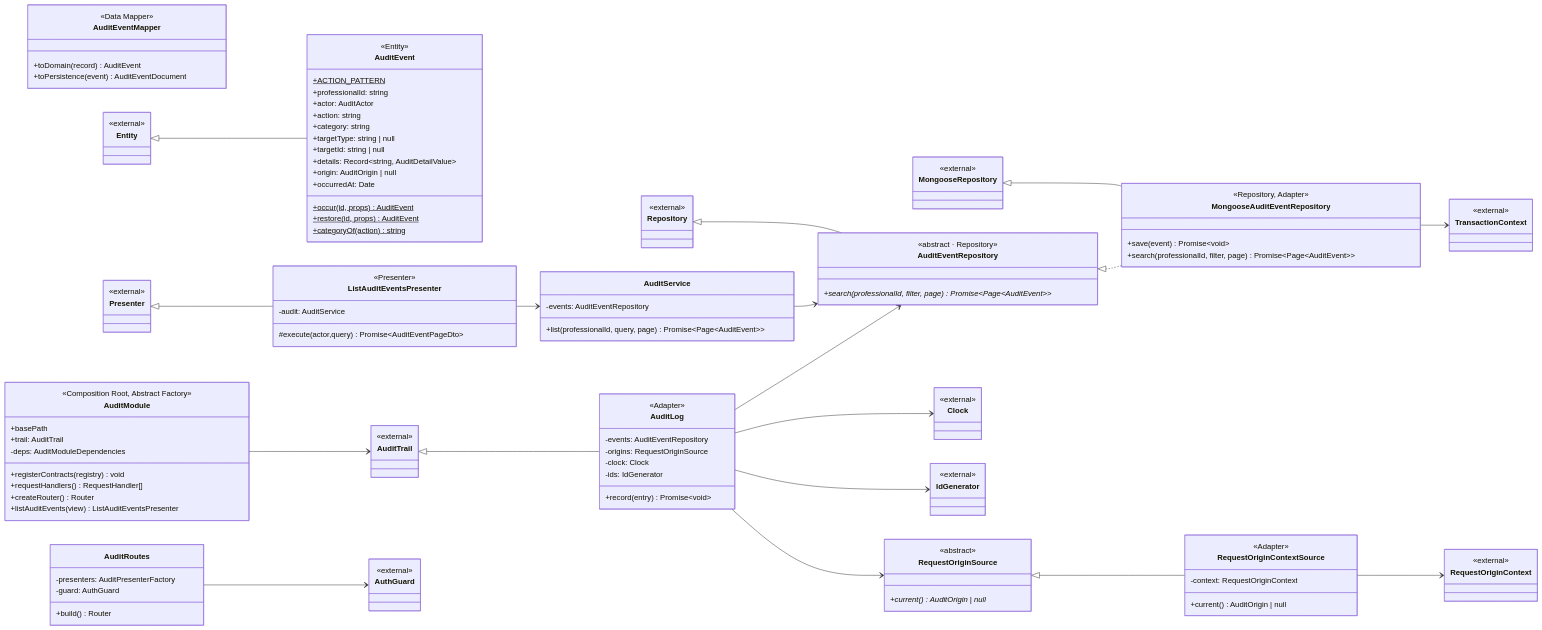
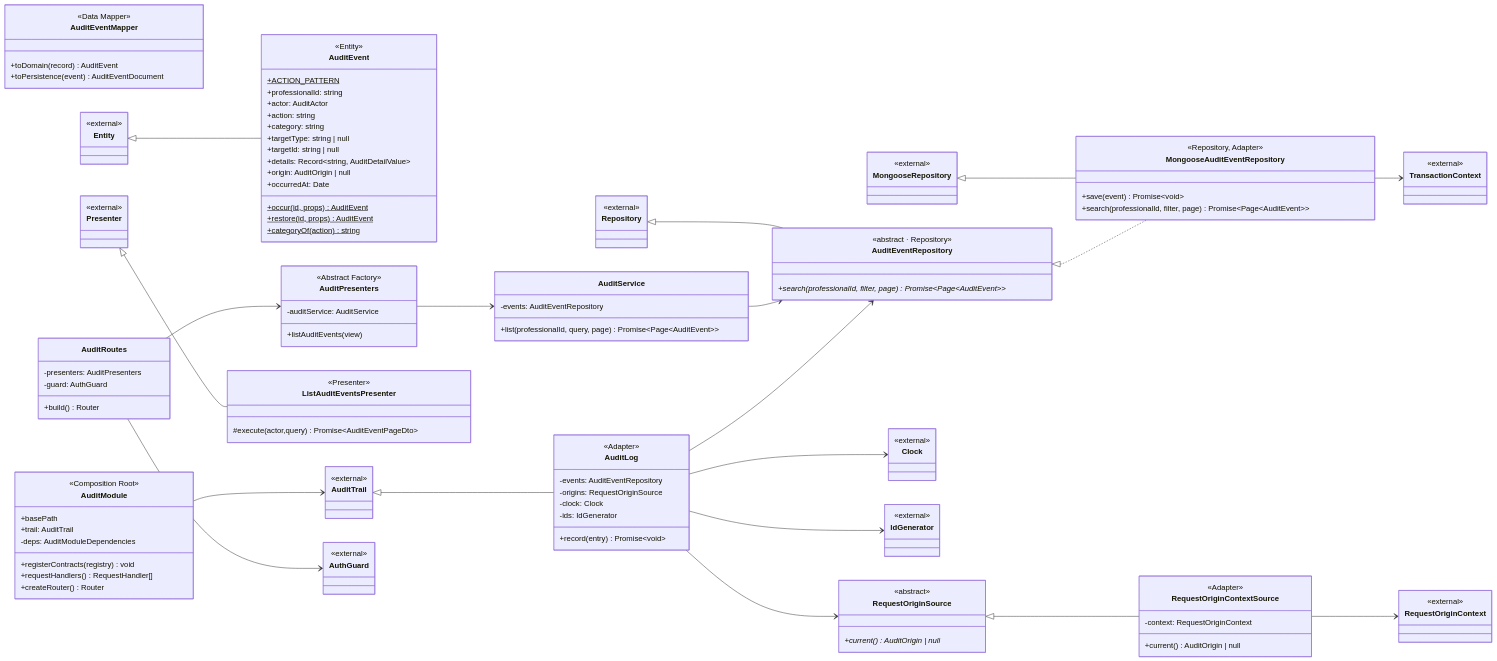
One commit to Org-Mentora/mentora-diploma changed the sixth of 16 diagrams in docs/architecture/class-diagram.md. Above: the diagram before and after it, drawn with Mermaid. The commit also changed other lines of this file, not shown here.

Commit message:
docs(architecture): regenerate class diagram

```diff
--- a/docs/architecture/class-diagram.md
+++ b/docs/architecture/class-diagram.md
@@ -850,17 +842,21 @@
     +record(entry) Promise~void~
   }
   class AuditModule {
-    <<Composition Root, Abstract Factory>>
+    <<Composition Root>>
     +basePath
     +trail: AuditTrail
     -deps: AuditModuleDependencies
     +registerContracts(registry) void
     +requestHandlers() RequestHandler[]
     +createRouter() Router
-    +listAuditEvents(view) ListAuditEventsPresenter
+  }
+  class AuditPresenters {
+    <<Abstract Factory>>
+    -auditService: AuditService
+    +listAuditEvents(view)
   }
   class AuditRoutes {
-    -presenters: AuditPresenterFactory
+    -presenters: AuditPresenters
     -guard: AuthGuard
     +build() Router
   }
@@ -870,7 +866,6 @@
   }
   class ListAuditEventsPresenter {
     <<Presenter>>
-    -audit: AuditService
     #execute(actor,query) Promise~AuditEventPageDto~
   }
   class MongooseAuditEventRepository {
@@ -923,11 +918,12 @@
   AuditLog --> IdGenerator
   AuditLog --> RequestOriginSource
   AuditModule --> AuditTrail
+  AuditPresenters --> AuditService
+  AuditRoutes --> AuditPresenters
   AuditRoutes --> AuthGuard
   AuditService --> AuditEventRepository
   AuditTrail <|-- AuditLog
   Entity <|-- AuditEvent
-  ListAuditEventsPresenter --> AuditService
   MongooseAuditEventRepository --> TransactionContext
   MongooseRepository <|-- MongooseAuditEventRepository
   Presenter <|-- ListAuditEventsPresenter
```
